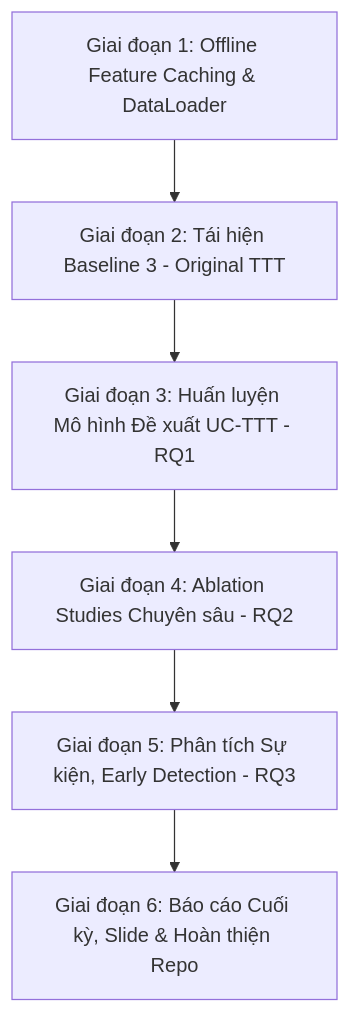
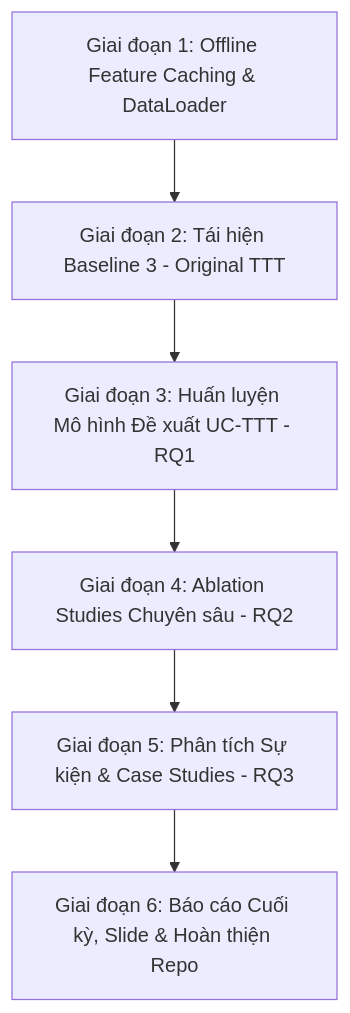
The diagram in Plan.md (tphu2029/SNA_EnhancingTTT-via-User-Credibility-Integration-for-Social-Media-Rumor-Detection), drawn with Mermaid before and after one commit. The commit also changed other lines of this file and 11 other files, not shown here.

````diff
--- a/Plan.md
+++ b/Plan.md
@@ -39,8 +39,8 @@
 ```mermaid
 graph TD
     A[Giai đoạn 1: Offline Feature Caching & DataLoader] --> B[Giai đoạn 2: Tái hiện Baseline 3 - Original TTT]
     B --> C[Giai đoạn 3: Huấn luyện Mô hình Đề xuất UC-TTT - RQ1]
     C --> D[Giai đoạn 4: Ablation Studies Chuyên sâu - RQ2]
-    D --> E[Giai đoạn 5: Phân tích Sự kiện, Early Detection - RQ3]
+    D --> E[Giai đoạn 5: Phân tích Sự kiện & Case Studies - RQ3]
     E --> F[Giai đoạn 6: Báo cáo Cuối kỳ, Slide & Hoàn thiện Repo]
 ```
````
